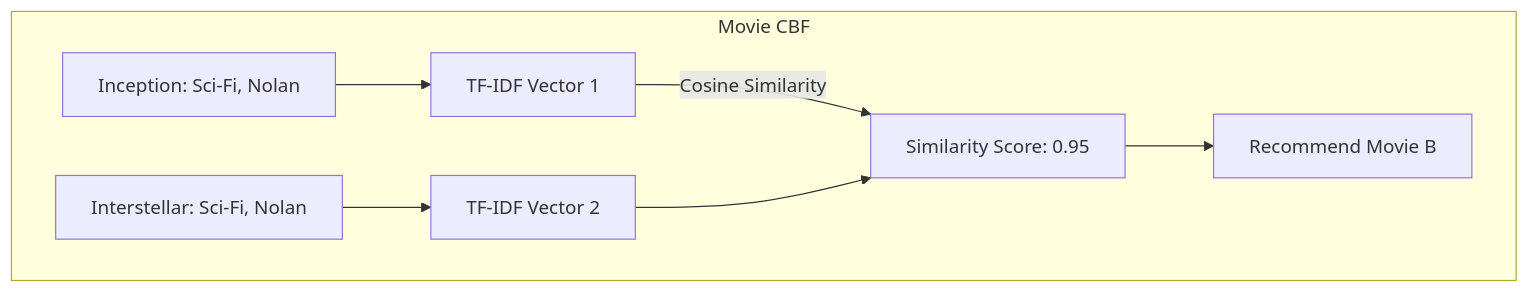
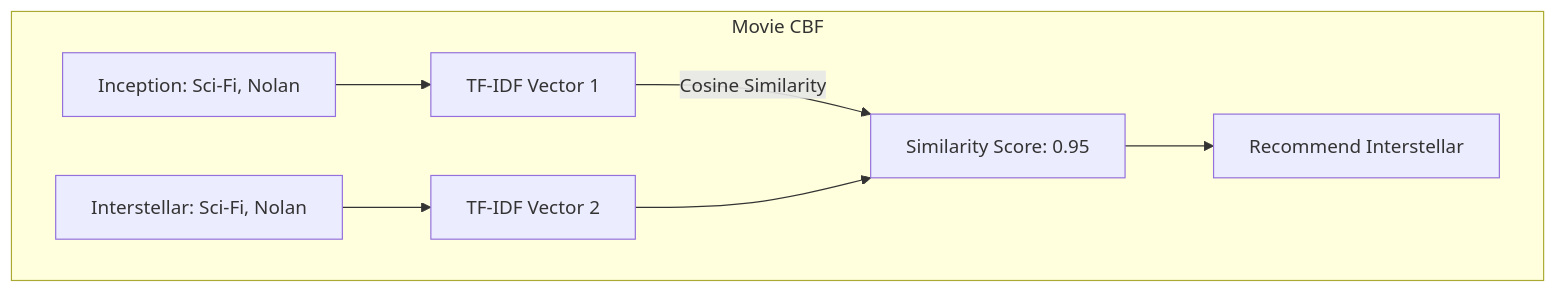
The sixth of 20 diagrams in Recomender Systems in Bioinformatics.md (ammahmoudi/bioinformatics-recommender-systems), drawn with Mermaid before and after one commit. The commit also changed other lines of this file, not shown here.

````diff
--- a/Recomender Systems in Bioinformatics.md
+++ b/Recomender Systems in Bioinformatics.md
@@ -112,11 +190,11 @@
 ```mermaid
 flowchart LR
     subgraph "Movie CBF"
         direction LR
-        M1[Inception: Sci-Fi, Nolan] --> V1[TF-IDF Vector 1]
-        M2[Interstellar: Sci-Fi, Nolan] --> V2[TF-IDF Vector 2]
-        V1 -->|Cosine Similarity| S1[Similarity Score: 0.95]
+        M1["Inception: Sci-Fi, Nolan"] --> V1["TF-IDF Vector 1"]
+        M2["Interstellar: Sci-Fi, Nolan"] --> V2["TF-IDF Vector 2"]
+        V1 -->|Cosine Similarity| S1["Similarity Score: 0.95"]
         V2 --> S1
-        S1 --> R1[Recommend Movie B]
+        S1 --> R1["Recommend Interstellar"]
     end
 ```
````
